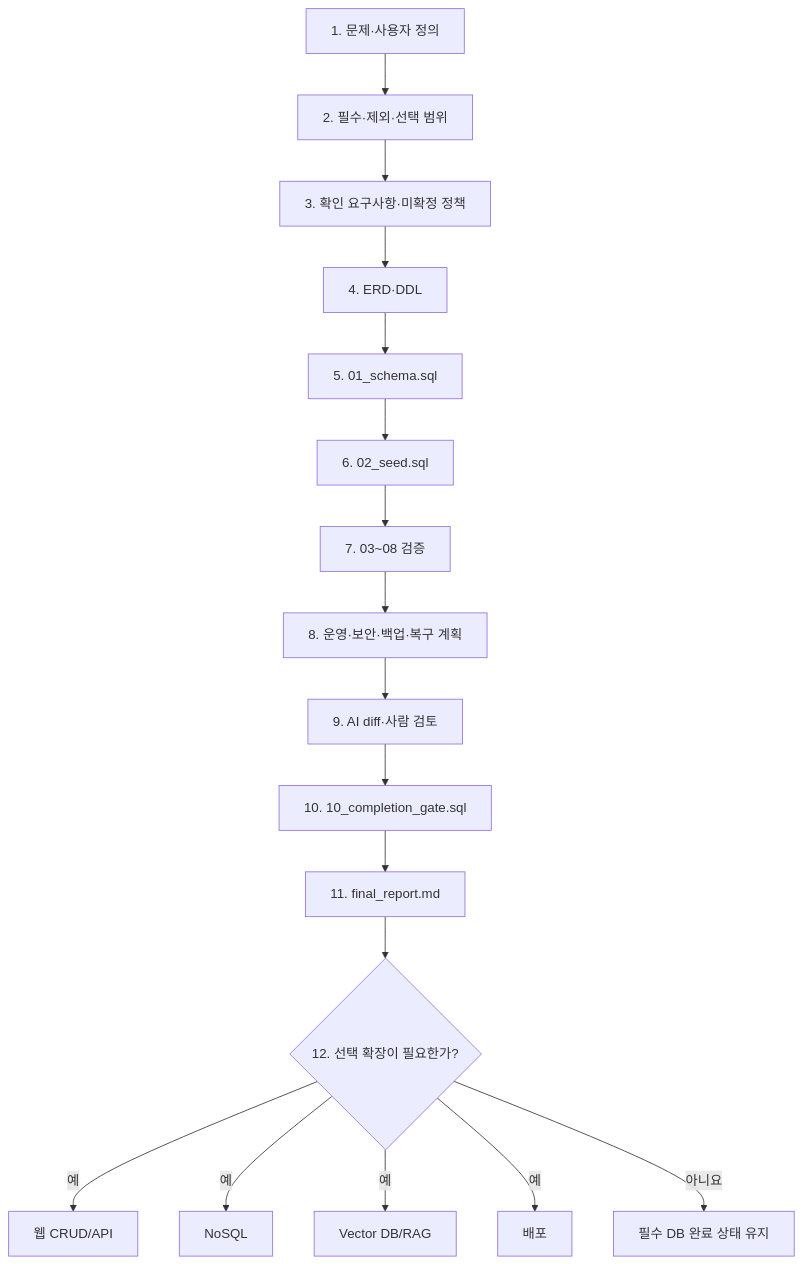
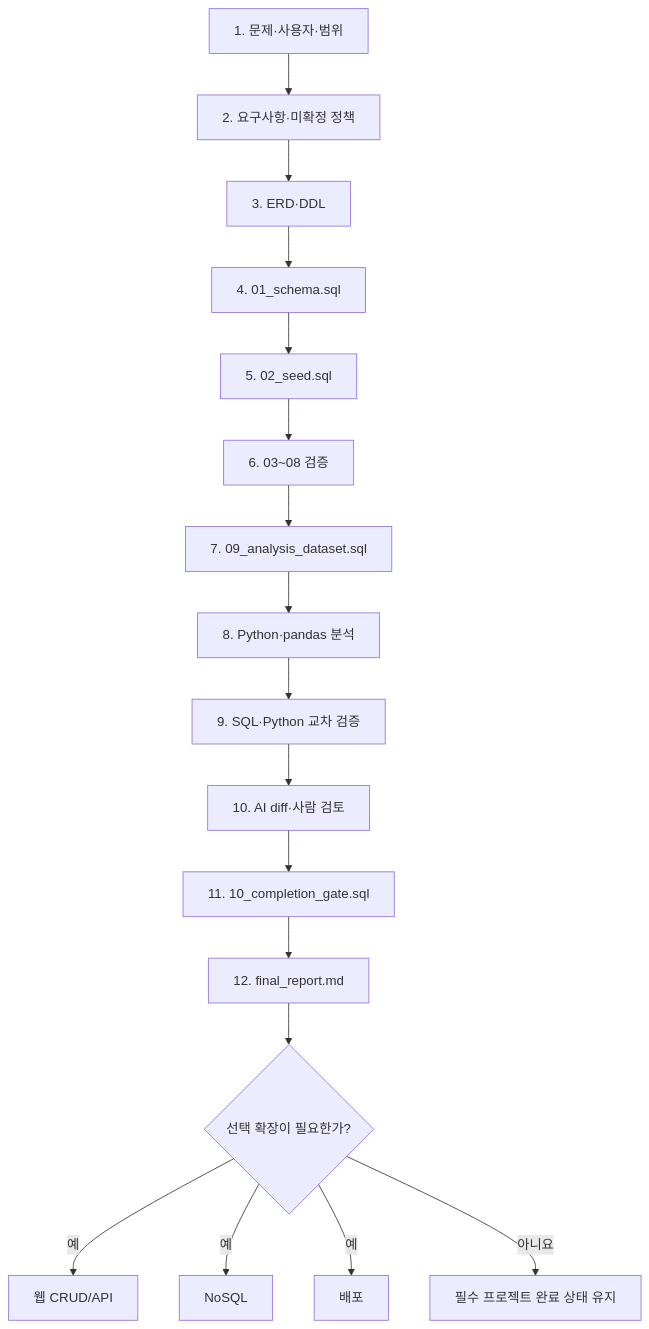
Before and after one commit to GilbertMoon/ai-database-book: the diagram in images/chapter15/ch15_01_service_project_flow.mmd, drawn with Mermaid.

Commit message:
Update Chapter 15 project flow for SQL and Python analysis

```diff
--- a/images/chapter15/ch15_01_service_project_flow.mmd
+++ b/images/chapter15/ch15_01_service_project_flow.mmd
@@ -1,21 +1,20 @@
 flowchart TB
-    A[1. 문제·사용자 정의]
-    B[2. 필수·제외·선택 범위]
-    C[3. 확인 요구사항·미확정 정책]
-    D[4. ERD·DDL]
-    E[5. 01_schema.sql]
-    F[6. 02_seed.sql]
-    G[7. 03~08 검증]
-    H[8. 운영·보안·백업·복구 계획]
-    I[9. AI diff·사람 검토]
-    J[10. 10_completion_gate.sql]
-    K[11. final_report.md]
-    L{12. 선택 확장이 필요한가?}
+    A[1. 문제·사용자·범위]
+    B[2. 요구사항·미확정 정책]
+    C[3. ERD·DDL]
+    D[4. 01_schema.sql]
+    E[5. 02_seed.sql]
+    F[6. 03~08 검증]
+    G[7. 09_analysis_dataset.sql]
+    H[8. Python·pandas 분석]
+    I[9. SQL·Python 교차 검증]
+    J[10. AI diff·사람 검토]
+    K[11. 10_completion_gate.sql]
+    L[12. final_report.md]
+    M{선택 확장이 필요한가?}
 
-    A --> B --> C --> D --> E --> F --> G --> H --> I --> J --> K --> L
-
-    L -->|예| W[웹 CRUD/API]
-    L -->|예| N[NoSQL]
-    L -->|예| R[Vector DB/RAG]
-    L -->|예| P[배포]
-    L -->|아니요| C0[필수 DB 완료 상태 유지]
+    A --> B --> C --> D --> E --> F --> G --> H --> I --> J --> K --> L --> M
+    M -->|예| W[웹 CRUD/API]
+    M -->|예| N[NoSQL]
+    M -->|예| P[배포]
+    M -->|아니요| C0[필수 프로젝트 완료 상태 유지]
```
